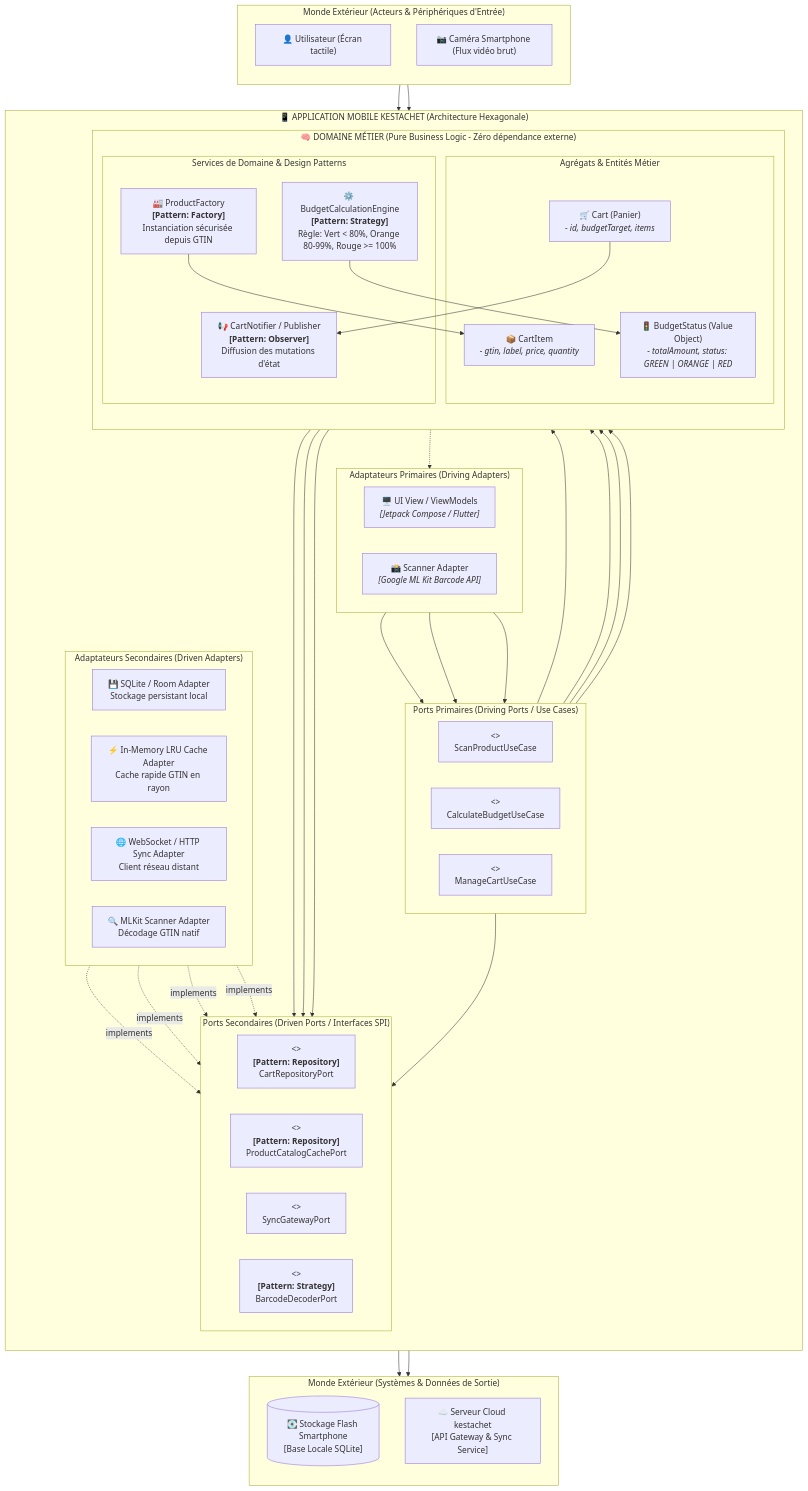
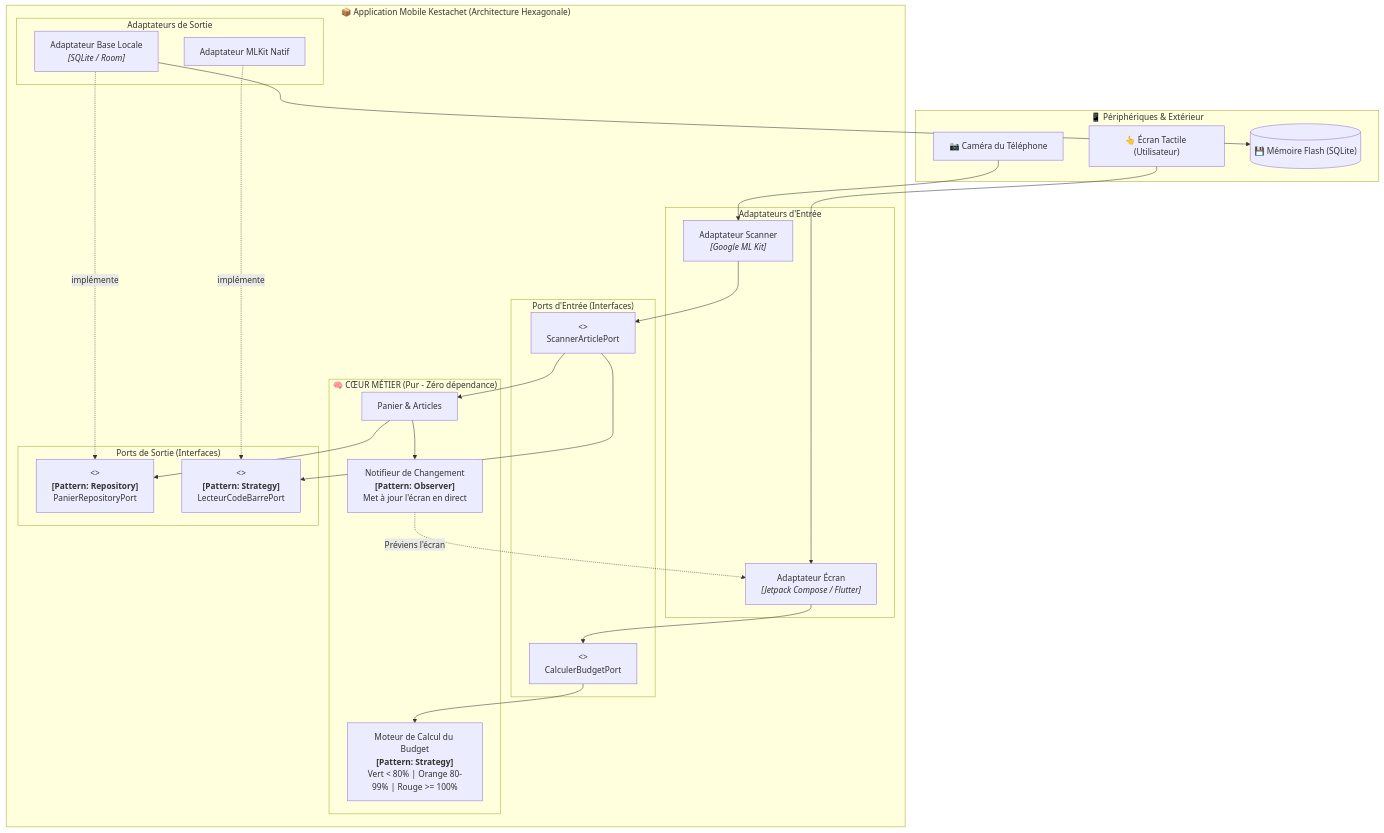
Before and after one commit to Edsaje/kestachet: the first of 6 diagrams in docs/architecture.md, drawn with Mermaid. The commit also changed other lines of this file and 6 other files, not shown here.

Commit message:
docs: ajout des schémas C1-C4, du guide étudiant et mise à jour de l'architecture

````diff
--- a/docs/architecture.md
+++ b/docs/architecture.md
@@ -90,98 +61,56 @@
 ```mermaid
 flowchart TB
-    subgraph EXTERIEUR_INPUT ["Monde Extérieur (Acteurs & Périphériques d'Entrée)"]
-        direction TB
-        USER["👤 Utilisateur (Écran tactile)"]
-        HARDWARE_CAM["📷 Caméra Smartphone (Flux vidéo brut)"]
+    subgraph EXTERIEUR ["📱 Périphériques & Extérieur"]
+        CAMERA["📷 Caméra du Téléphone"]
+        ECRAN["👆 Écran Tactile (Utilisateur)"]
+        STOCKAGE[("💾 Mémoire Flash (SQLite)")]
     end
 
-    subgraph HEXAGONE_MOBILE ["📱 APPLICATION MOBILE KESTACHET (Architecture Hexagonale)"]
-        direction TB
-
-        subgraph ADAPTERS_PRIMARY ["Adaptateurs Primaires (Driving Adapters)"]
-            direction LR
-            UI_ADAPTER["🖥️ UI View / ViewModels<br><i>[Jetpack Compose / Flutter]</i>"]
-            SCAN_ADAPTER["📸 Scanner Adapter<br><i>[Google ML Kit Barcode API]</i>"]
+    subgraph HEXAGONE ["📦 Application Mobile Kestachet (Architecture Hexagonale)"]
+        
+        subgraph ADAPTATEURS_ENTREE ["Adaptateurs d'Entrée"]
+            ADAPT_CAM["Adaptateur Scanner<br><i>[Google ML Kit]</i>"]
+            ADAPT_UI["Adaptateur Écran<br><i>[Jetpack Compose / Flutter]</i>"]
         end
 
-        subgraph PORTS_PRIMARY ["Ports Primaires (Driving Ports / Use Cases)"]
-            direction LR
-            PORT_SCAN_USECASE["<<interface>><br>ScanProductUseCase"]
-            PORT_BUDGET_USECASE["<<interface>><br>CalculateBudgetUseCase"]
-            PORT_CART_USECASE["<<interface>><br>ManageCartUseCase"]
+        subgraph PORTS_ENTREE ["Ports d'Entrée (Interfaces)"]
+            PORT_SCAN["<<interface>><br>ScannerArticlePort"]
+            PORT_BUDGET["<<interface>><br>CalculerBudgetPort"]
         end
 
-        subgraph DOMAIN_CORE ["🧠 DOMAINE MÉTIER (Pure Business Logic - Zéro dépendance externe)"]
-            direction TB
-            
-            subgraph AGGREGATES ["Agrégats & Entités Métier"]
-                CART["🛒 Cart (Panier)<br><i>- id, budgetTarget, items</i>"]
-                CART_ITEM["📦 CartItem<br><i>- gtin, label, price, quantity</i>"]
-                BUDGET_GAUGE["🚦 BudgetStatus (Value Object)<br><i>- totalAmount, status: GREEN | ORANGE | RED</i>"]
-            end
-
-            subgraph DOMAIN_SERVICES ["Services de Domaine & Design Patterns"]
-                BUDGET_ENGINE["⚙️ BudgetCalculationEngine<br><b>[Pattern: Strategy]</b><br>Règle: Vert < 80%, Orange 80-99%, Rouge >= 100%"]
-                CART_OBSERVER["📢 CartNotifier / Publisher<br><b>[Pattern: Observer]</b><br>Diffusion des mutations d'état"]
-                ITEM_FACTORY["🏭 ProductFactory<br><b>[Pattern: Factory]</b><br>Instanciation sécurisée depuis GTIN"]
-            end
+        subgraph COEUR_METIER ["🧠 CŒUR MÉTIER (Pur - Zéro dépendance)"]
+            PANIER["Panier & Articles"]
+            MOTEUR_BUDGET["Moteur de Calcul du Budget<br><b>[Pattern: Strategy]</b><br>Vert < 80% | Orange 80-99% | Rouge >= 100%"]
+            NOTIFIEUR["Notifieur de Changement<br><b>[Pattern: Observer]</b><br>Met à jour l'écran en direct"]
         end
 
-        subgraph PORTS_SECONDARY ["Ports Secondaires (Driven Ports / Interfaces SPI)"]
-            direction LR
-            PORT_LOCAL_REPO["<<interface>><br><b>[Pattern: Repository]</b><br>CartRepositoryPort"]
-            PORT_PRODUCT_CACHE["<<interface>><br><b>[Pattern: Repository]</b><br>ProductCatalogCachePort"]
-            PORT_SYNC_GATEWAY["<<interface>><br>SyncGatewayPort"]
-            PORT_SCANNER_STRATEGY["<<interface>><br><b>[Pattern: Strategy]</b><br>BarcodeDecoderPort"]
+        subgraph PORTS_SORTIE ["Ports de Sortie (Interfaces)"]
+            PORT_REPO["<<interface>><br><b>[Pattern: Repository]</b><br>PanierRepositoryPort"]
+            PORT_STRAT_SCAN["<<interface>><br><b>[Pattern: Strategy]</b><br>LecteurCodeBarrePort"]
         end
 
-        subgraph ADAPTERS_SECONDARY ["Adaptateurs Secondaires (Driven Adapters)"]
-            direction LR
-            SQLITE_REPO["💾 SQLite / Room Adapter<br>Stockage persistant local"]
-            GTIN_CACHE["⚡ In-Memory LRU Cache Adapter<br>Cache rapide GTIN en rayon"]
-            HTTP_WS_SYNC["🌐 WebSocket / HTTP Sync Adapter<br>Client réseau distant"]
-            MLKIT_STRATEGY["🔍 MLKit Scanner Adapter<br>Décodage GTIN natif"]
+        subgraph ADAPTATEURS_SORTIE ["Adaptateurs de Sortie"]
+            ADAPT_SQLITE["Adaptateur Base Locale<br><i>[SQLite / Room]</i>"]
+            ADAPT_MLKIT["Adaptateur MLKit Natif"]
         end
     end
 
-    subgraph EXTERIEUR_OUTPUT ["Monde Extérieur (Systèmes & Données de Sortie)"]
-        direction TB
-        DEVICE_STORAGE[("💽 Stockage Flash Smartphone<br>[Base Locale SQLite]")]
-        BACKEND_API["☁️ Serveur Cloud kestachet<br>[API Gateway & Sync Service]"]
-    end
+    %% Connexions
+    CAMERA --> ADAPT_CAM
+    ECRAN --> ADAPT_UI
+    ADAPT_CAM --> PORT_SCAN
+    ADAPT_UI --> PORT_BUDGET
 
-    %% Interactions Primaires
-    USER --> UI_ADAPTER
-    HARDWARE_CAM --> SCAN_ADAPTER
-    UI_ADAPTER --> PORT_BUDGET_USECASE
-    UI_ADAPTER --> PORT_CART_USECASE
-    SCAN_ADAPTER --> PORT_SCAN_USECASE
+    PORT_SCAN --> PANIER
+    PORT_BUDGET --> MOTEUR_BUDGET
+    PANIER --> NOTIFIEUR
+    NOTIFIEUR -.->|Préviens l'écran| ADAPT_UI
 
-    %% Ports vers Domaine
-    PORT_SCAN_USECASE --> ITEM_FACTORY
-    PORT_SCAN_USECASE --> BUDGET_ENGINE
-    PORT_BUDGET_USECASE --> BUDGET_ENGINE
-    PORT_CART_USECASE --> CART
+    PANIER --> PORT_REPO
+    PORT_SCAN --> PORT_STRAT_SCAN
 
-    %% Domaine et Patterns
-    ITEM_FACTORY --> CART_ITEM
-    CART --> CART_OBSERVER
-    CART_OBSERVER -.-> UI_ADAPTER
-    BUDGET_ENGINE --> BUDGET_GAUGE
+    ADAPT_SQLITE -.->|implémente| PORT_REPO
+    ADAPT_MLKIT -.->|implémente| PORT_STRAT_SCAN
 
-    %% Domaine vers Ports Secondaires
-    CART --> PORT_LOCAL_REPO
-    ITEM_FACTORY --> PORT_PRODUCT_CACHE
-    CART --> PORT_SYNC_GATEWAY
-    PORT_SCAN_USECASE --> PORT_SCANNER_STRATEGY
-
-    %% Implémentations des Ports Secondaires (Inversion de Dépendance)
-    SQLITE_REPO -.->|implements| PORT_LOCAL_REPO
-    GTIN_CACHE -.->|implements| PORT_PRODUCT_CACHE
-    HTTP_WS_SYNC -.->|implements| PORT_SYNC_GATEWAY
-    MLKIT_STRATEGY -.->|implements| PORT_SCANNER_STRATEGY
-
-    %% Connexion aux systèmes externes
-    SQLITE_REPO --> DEVICE_STORAGE
-    HTTP_WS_SYNC --> BACKEND_API
+    ADAPT_SQLITE --> STOCKAGE
 ```
````
